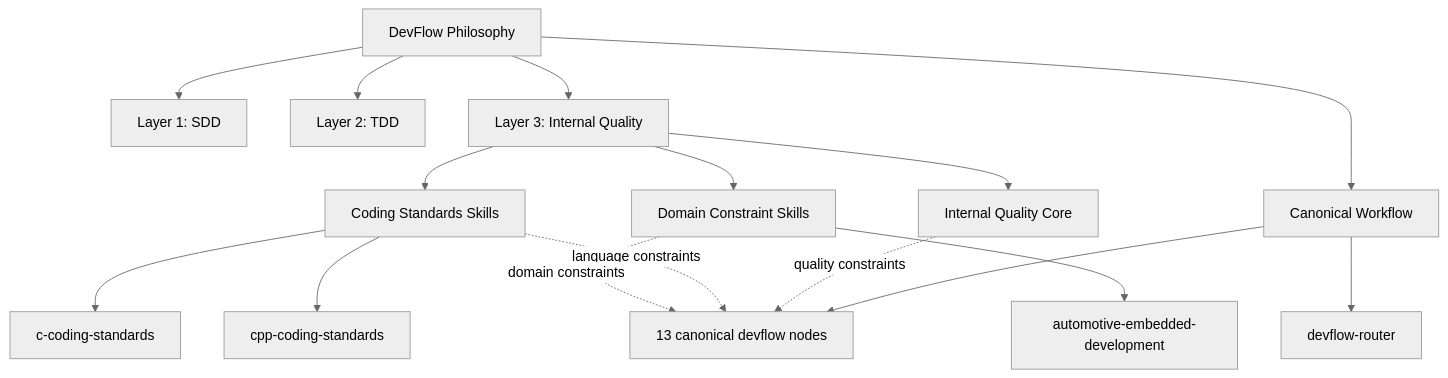
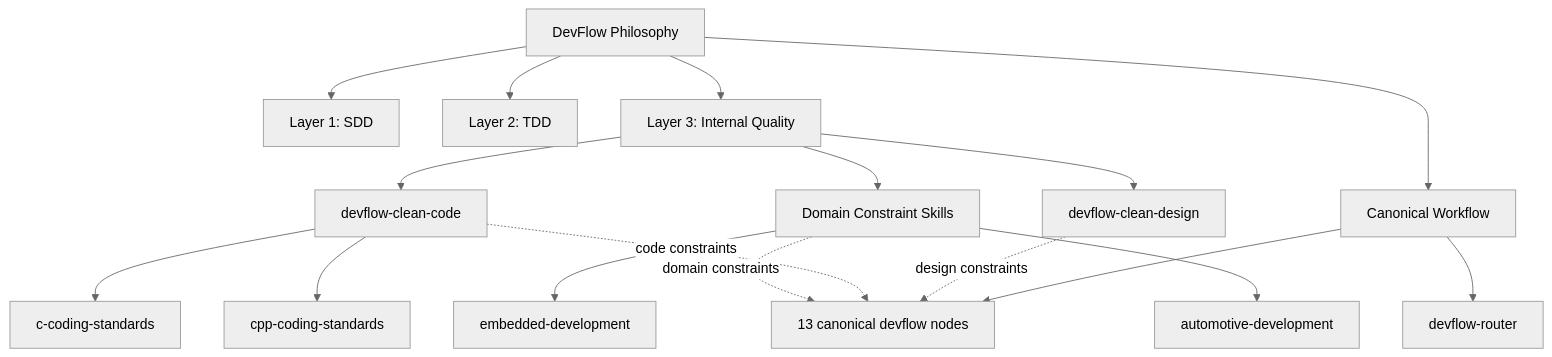
Before and after one commit to hujianbest/devflow: the diagram in docs/devflow-core-architecture.md, drawn with Mermaid (neutral theme). The commit also changed other lines of this file and 52 other files, not shown here.

````diff
--- a/docs/devflow-core-architecture.md
+++ b/docs/devflow-core-architecture.md
@@ -57,22 +57,23 @@
 ```mermaid
 flowchart TD
   philosophy["DevFlow Philosophy"] --> sdd["Layer 1: SDD"]
   philosophy --> tdd["Layer 2: TDD"]
   philosophy --> internalQuality["Layer 3: Internal Quality"]
   philosophy --> workflow["Canonical Workflow"]
 
   workflow --> router["devflow-router"]
   workflow --> nodes["13 canonical devflow nodes"]
 
-  internalQuality --> coreQuality["Internal Quality Core"]
-  internalQuality --> codingSkills["Coding Standards Skills"]
+  internalQuality --> cleanDesign["devflow-clean-design"]
+  internalQuality --> cleanCode["devflow-clean-code"]
   internalQuality --> domainSkills["Domain Constraint Skills"]
 
-  codingSkills --> cSkill["c-coding-standards"]
-  codingSkills --> cppSkill["cpp-coding-standards"]
-  domainSkills --> automotiveSkill["automotive-embedded-development"]
+  cleanCode --> cSkill["c-coding-standards"]
+  cleanCode --> cppSkill["cpp-coding-standards"]
+  domainSkills --> embeddedSkill["embedded-development"]
+  domainSkills --> automotiveSkill["automotive-development"]
 
-  coreQuality -.->|"quality constraints"| nodes
-  codingSkills -.->|"language constraints"| nodes
+  cleanDesign -.->|"design constraints"| nodes
+  cleanCode -.->|"code constraints"| nodes
   domainSkills -.->|"domain constraints"| nodes
 ```
````
